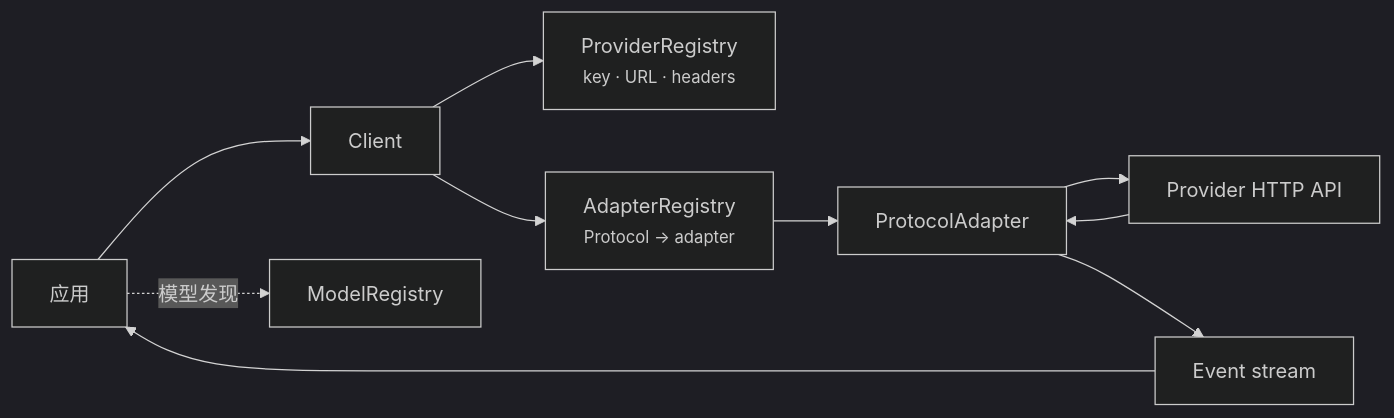
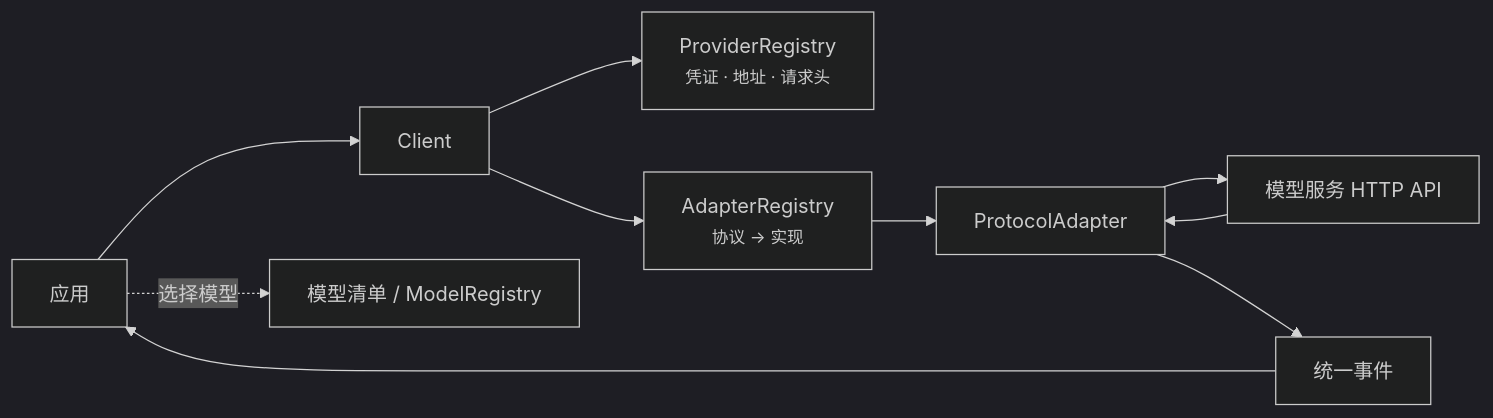
Before and after one commit to ktsoator/or: the first of 2 diagrams in docs/llm/developer-guide.zh.md, drawn with Mermaid (dark theme). The commit also changed other lines of this file and 68 other files, not shown here.

````diff
--- a/docs/llm/developer-guide.zh.md
+++ b/docs/llm/developer-guide.zh.md
@@ -53,10 +36,10 @@
 ```mermaid
 flowchart LR
     app["应用"] --> client["Client"]
-    client --> providers["ProviderRegistry<br/><small>key · URL · headers</small>"]
-    client --> adapters["AdapterRegistry<br/><small>Protocol → adapter</small>"]
-    app -. 模型发现 .-> models["ModelRegistry"]
+    app -. "选择模型" .-> models["模型清单 / ModelRegistry"]
+    client --> providers["ProviderRegistry<br/><small>凭证 · 地址 · 请求头</small>"]
+    client --> adapters["AdapterRegistry<br/><small>协议 → 实现</small>"]
     adapters --> adapter["ProtocolAdapter"]
-    adapter --> provider["Provider HTTP API"]
-    provider --> adapter --> events["Event stream"] --> app
+    adapter --> service["模型服务 HTTP API"]
+    service --> adapter --> events["统一事件"] --> app
 ```
````
